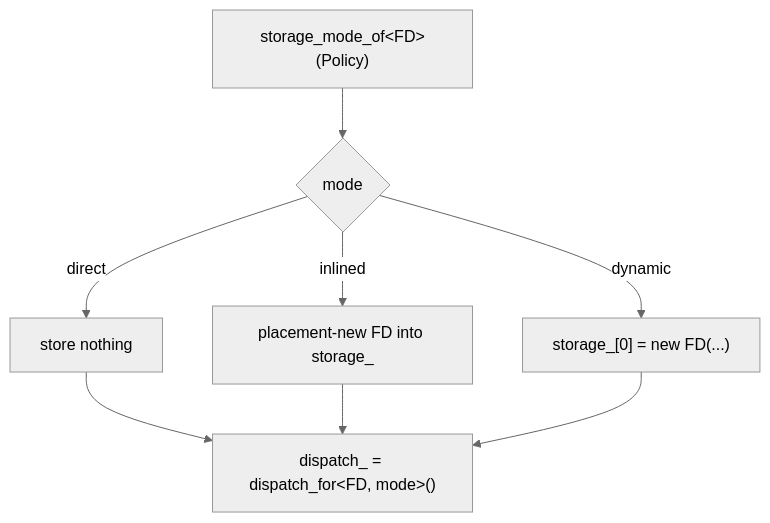
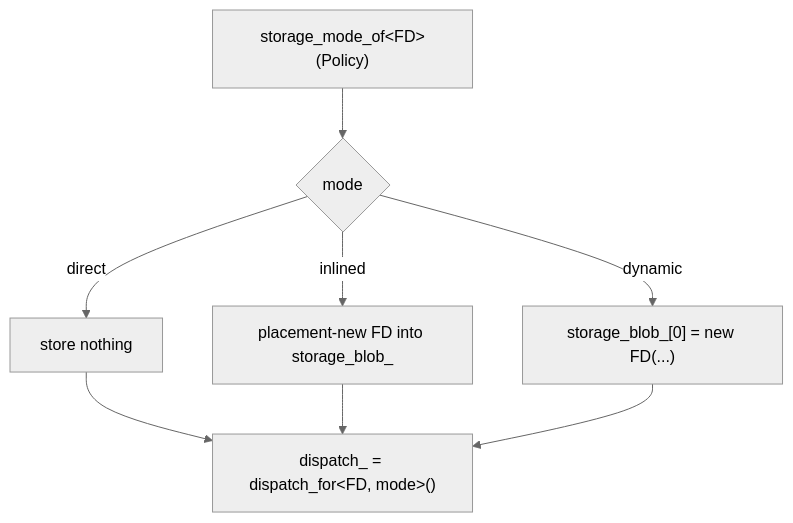
One commit to stevensudit/Corvid changed the second of 3 diagrams in corvid/meta/flexi_function.md. Above: the diagram before and after it, drawn with Mermaid (neutral theme). The commit also changed other lines of this file and 7 other files, not shown here.

````diff
--- a/corvid/meta/flexi_function.md
+++ b/corvid/meta/flexi_function.md
@@ -301,10 +301,10 @@
 ```mermaid
 flowchart TD
     s["storage_mode_of&lt;FD&gt;(Policy)"] --> m{mode}
     m -->|direct| d["store nothing"]
-    m -->|inlined| i["placement-new FD into storage_"]
-    m -->|dynamic| h["storage_[0] = new FD(...)"]
+    m -->|inlined| i["placement-new FD into storage_blob_"]
+    m -->|dynamic| h["storage_blob_[0] = new FD(...)"]
     d --> p["dispatch_ = dispatch_for&lt;FD, mode&gt;()"]
     i --> p
     h --> p
 ```
````
